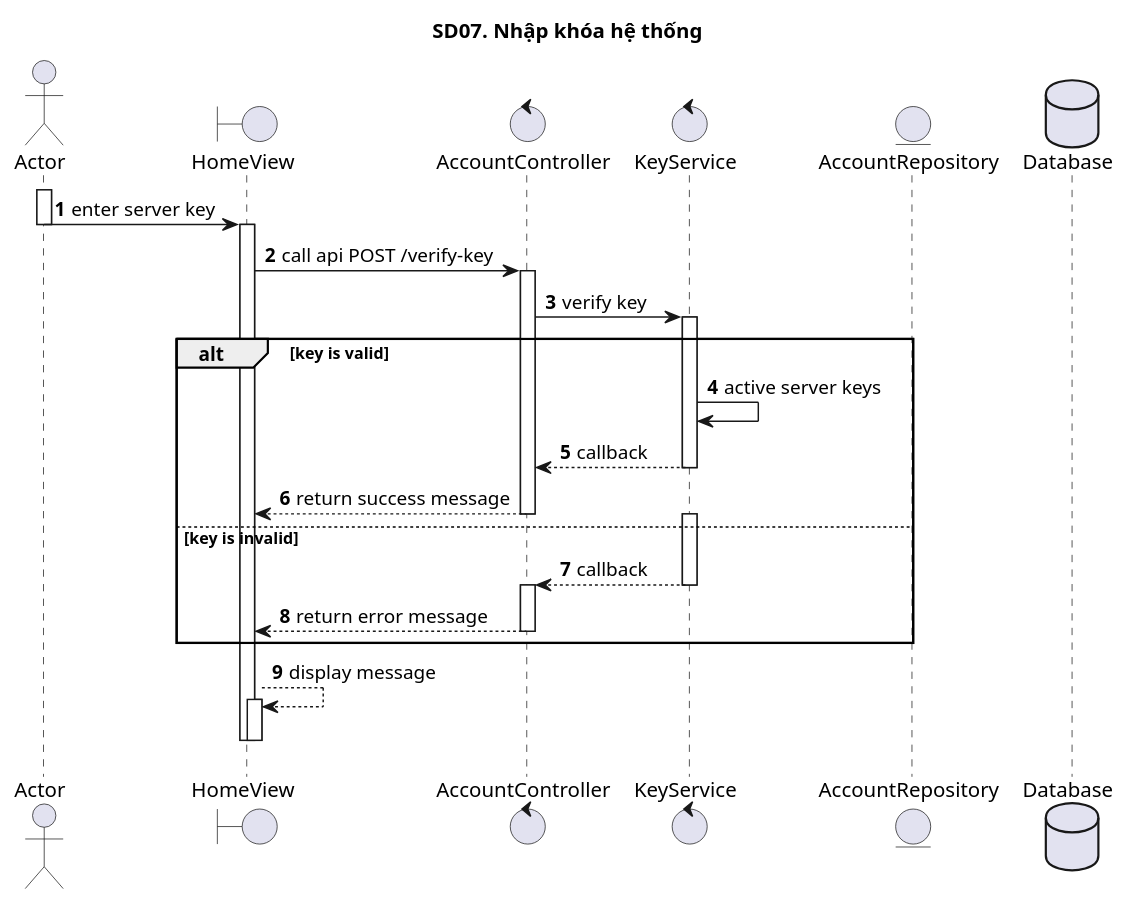
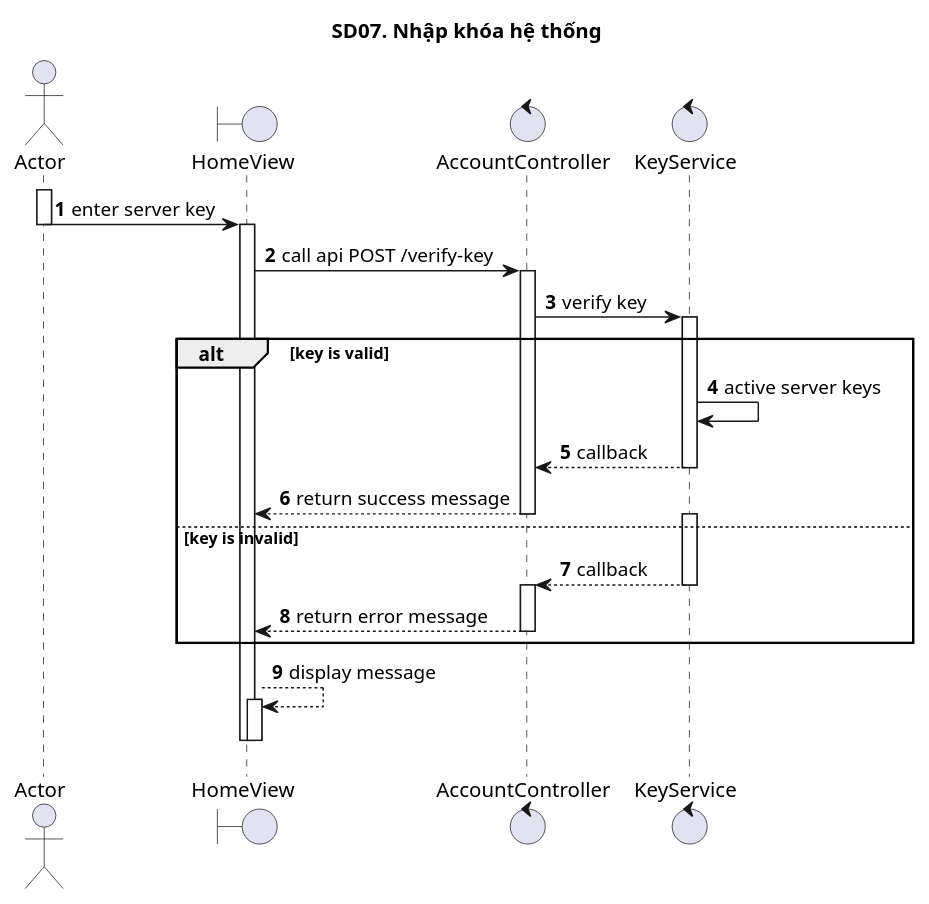
One commit to ITZ-Developers/Finance-UML changed the diagram in 07_NhapKhoaHeThong/sd7.puml. Above: the diagram before and after it, drawn with PlantUML.

```diff
--- a/07_NhapKhoaHeThong/sd7.puml
+++ b/07_NhapKhoaHeThong/sd7.puml
@@ -1,36 +1,34 @@
 @startuml SQ
 autonumber
 title SD07. Nhập khóa hệ thống
 actor "Actor" as actor
 boundary "HomeView" as view
 control "AccountController" as controller
 control "KeyService" as service
-entity "AccountRepository" as model
-database "Database" as database
 activate actor
 actor -> view: enter server key
 deactivate actor
 activate view
 view -> controller: call api POST /verify-key
 activate controller
 controller -> service: verify key
 alt key is valid
 activate service
 service -> service: active server keys
 service --> controller: callback
 deactivate service
 controller --> view: return success message
 deactivate controller
 else key is invalid
 activate service
 service --> controller: callback
 deactivate service
 activate controller
 controller --> view: return error message
 deactivate controller
 end
 view --> view: display message
 activate view
 deactivate view
 deactivate view
 @enduml
```
